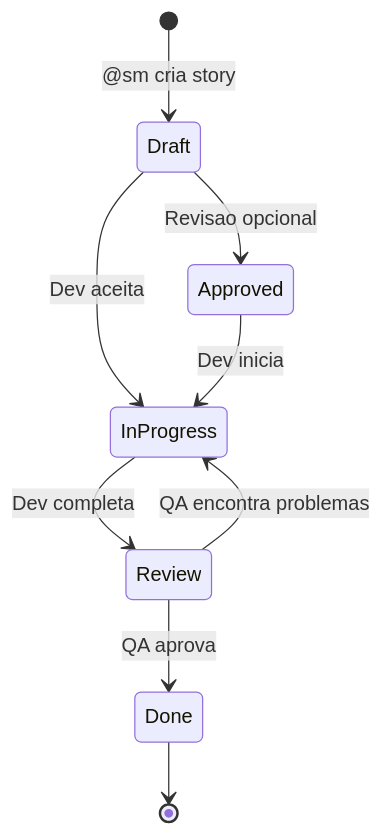
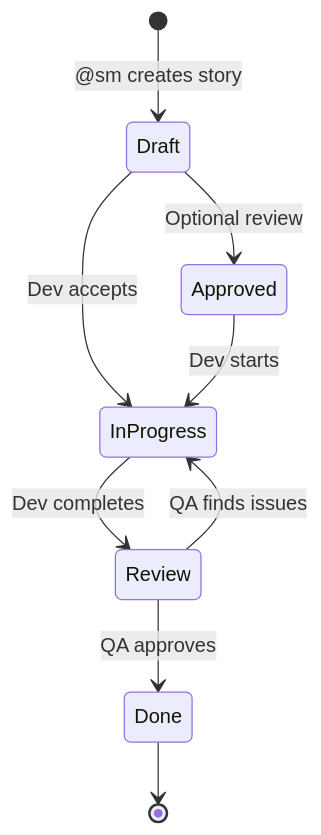
The sixth of 9 diagrams in docs/aexos-workflows/greenfield-fullstack-workflow.md (CyryxLabs/AEXOS), drawn with Mermaid before and after one commit. The commit also changed other lines of this file and 528 other files, not shown here.

````diff
--- a/docs/aexos-workflows/greenfield-fullstack-workflow.md
+++ b/docs/aexos-workflows/greenfield-fullstack-workflow.md
@@ -418,11 +418,11 @@
 ```mermaid
 stateDiagram-v2
-    [*] --> Draft: @sm cria story
-    Draft --> Approved: Revisao opcional
-    Draft --> InProgress: Dev aceita
-    Approved --> InProgress: Dev inicia
-    InProgress --> Review: Dev completa
-    Review --> InProgress: QA encontra problemas
-    Review --> Done: QA aprova
+    [*] --> Draft: @sm creates story
+    Draft --> Approved: Optional review
+    Draft --> InProgress: Dev accepts
+    Approved --> InProgress: Dev starts
+    InProgress --> Review: Dev completes
+    Review --> InProgress: QA finds issues
+    Review --> Done: QA approves
     Done --> [*]
 ```
````
